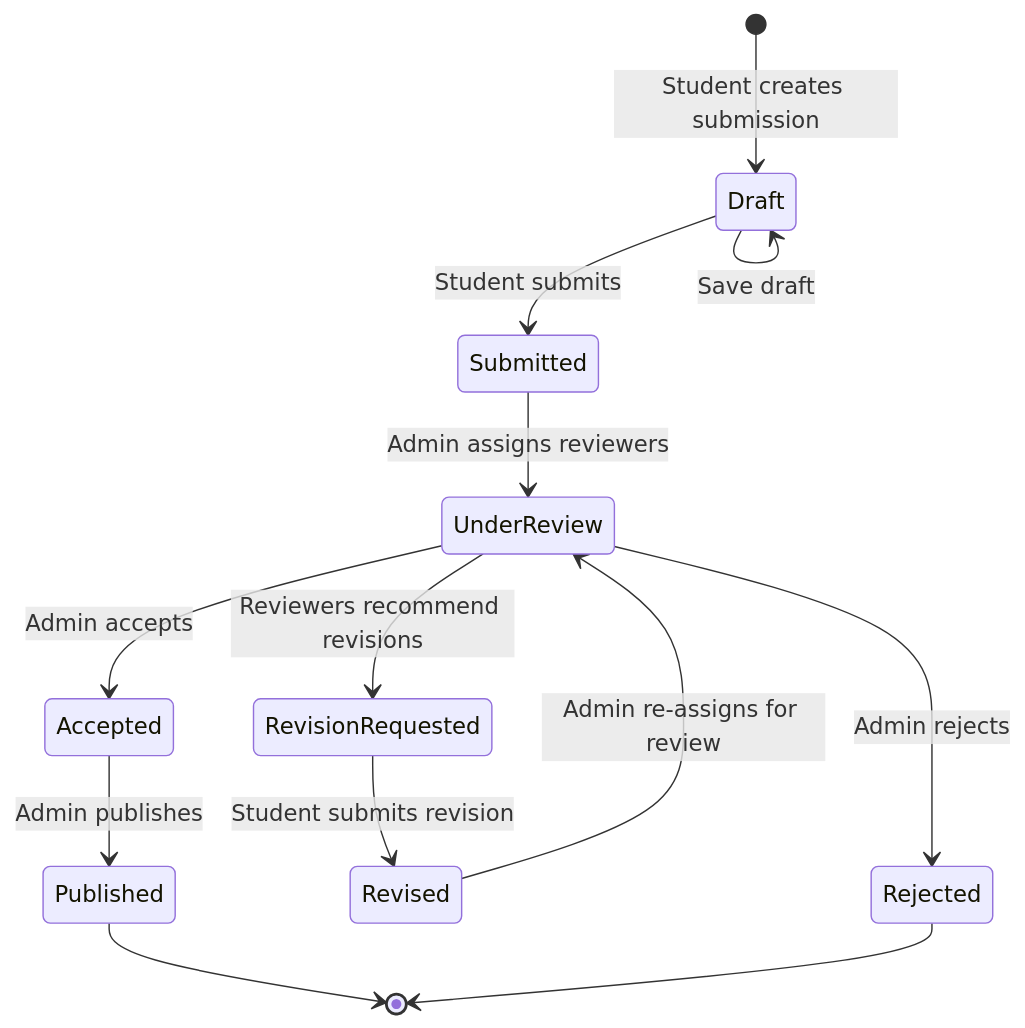
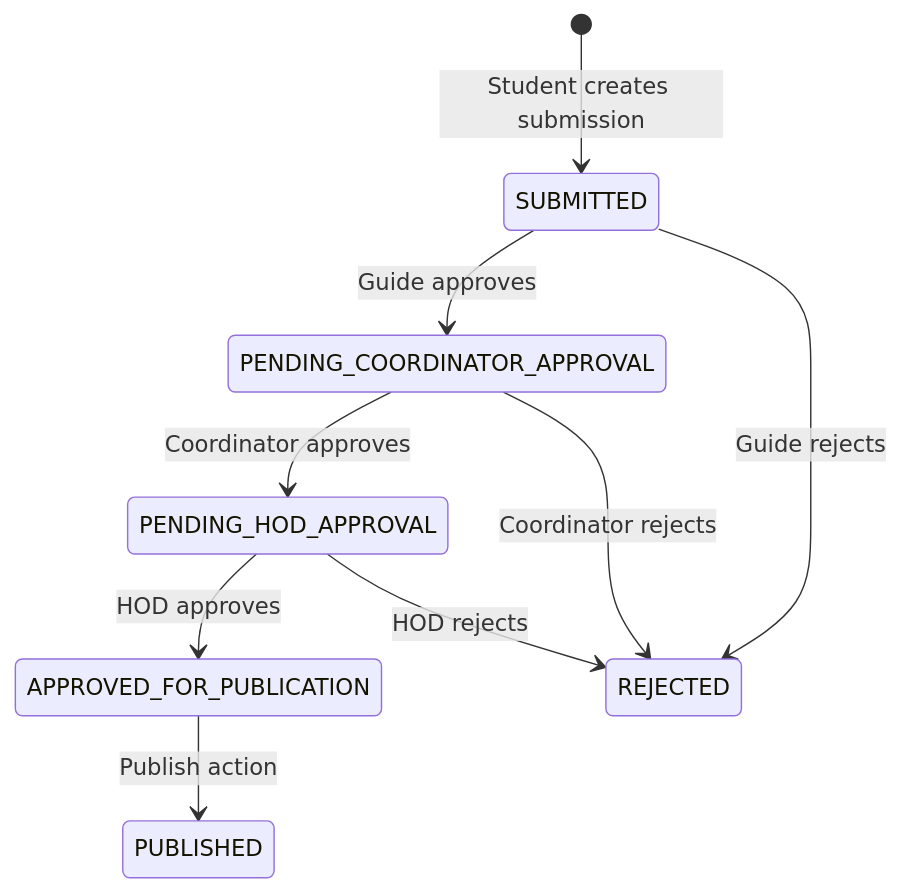
The first of 4 diagrams in profile/README.md (JB-Academic-Publication-Portal/.github), drawn with Mermaid before and after one commit. The commit also changed other lines of this file, not shown here.

````diff
--- a/profile/README.md
+++ b/profile/README.md
@@ -269,21 +108,13 @@
 ```mermaid
 stateDiagram-v2
-    [*] --> Draft : Student creates submission
+    [*] --> SUBMITTED : Student creates submission
 
-    Draft --> Draft : Save draft
-    Draft --> Submitted : Student submits
+    SUBMITTED --> PENDING_COORDINATOR_APPROVAL : Guide approves
+    PENDING_COORDINATOR_APPROVAL --> PENDING_HOD_APPROVAL : Coordinator approves
+    PENDING_HOD_APPROVAL --> APPROVED_FOR_PUBLICATION : HOD approves
+    APPROVED_FOR_PUBLICATION --> PUBLISHED : Publish action
 
-    Submitted --> UnderReview : Admin assigns reviewers
-
-    UnderReview --> RevisionRequested : Reviewers recommend revisions
-    UnderReview --> Accepted : Admin accepts
-    UnderReview --> Rejected : Admin rejects
-
-    RevisionRequested --> Revised : Student submits revision
-    Revised --> UnderReview : Admin re-assigns for review
-
-    Accepted --> Published : Admin publishes
-
-    Published --> [*]
-    Rejected --> [*]
+    SUBMITTED --> REJECTED : Guide rejects
+    PENDING_COORDINATOR_APPROVAL --> REJECTED : Coordinator rejects
+    PENDING_HOD_APPROVAL --> REJECTED : HOD rejects
 ```
````
